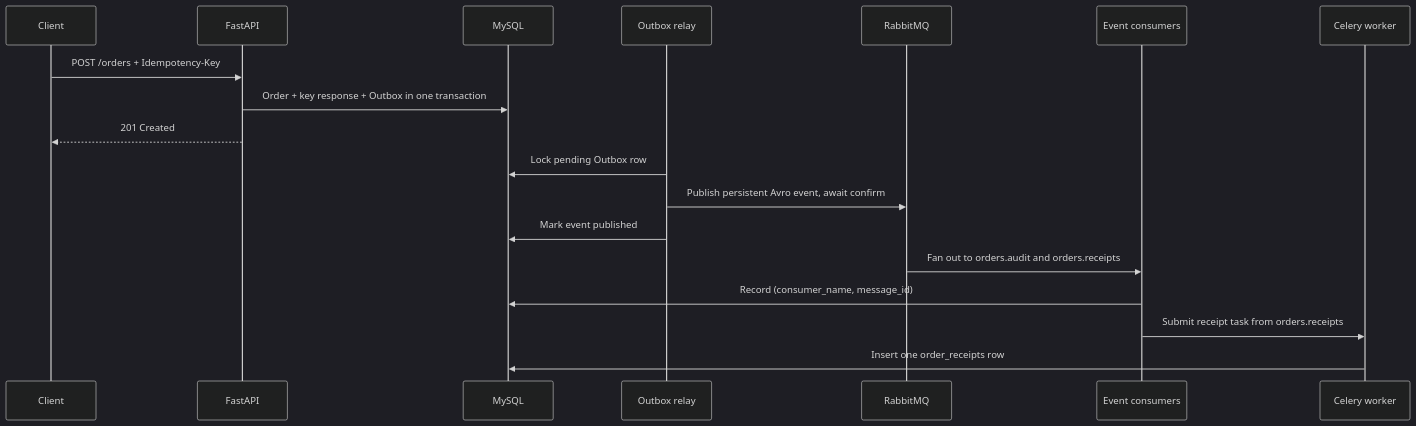
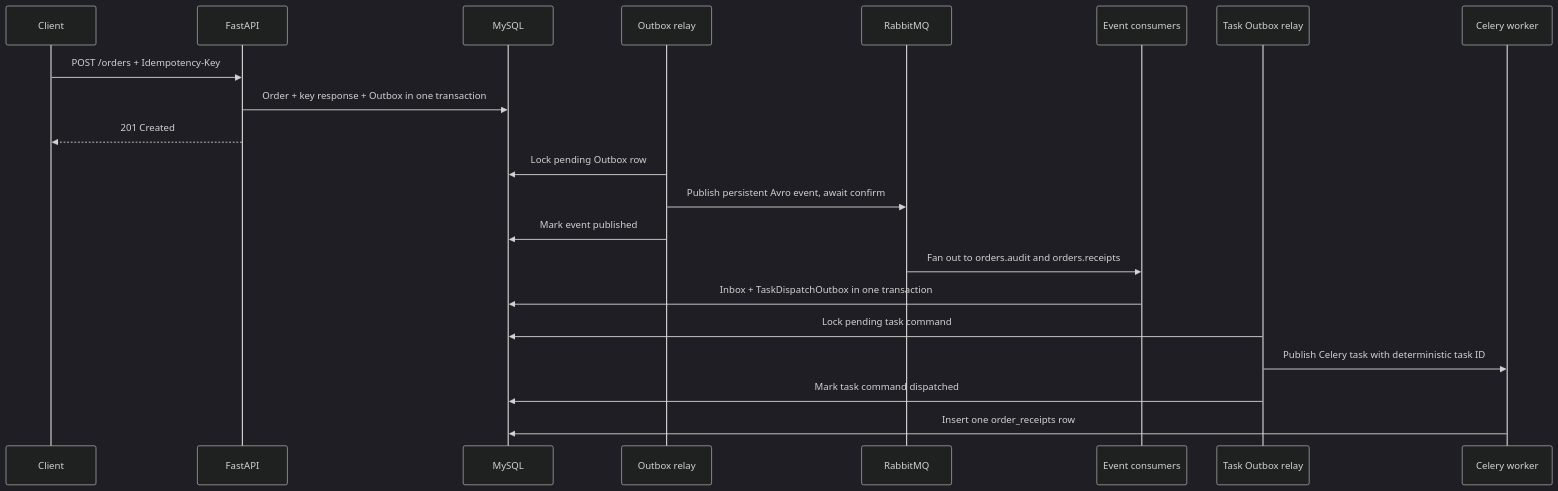
Before and after one commit to KEEMSY/fastapi-playground: the diagram in apps/order-flow/README.md, drawn with Mermaid (dark theme). The commit also changed other lines of this file and 11 other files, not shown here.

First line of the commit message:
feature: 영수증 task 전달에 Task Outbox 적용

````diff
--- a/apps/order-flow/README.md
+++ b/apps/order-flow/README.md
@@ -31,21 +31,24 @@
 ```mermaid
 sequenceDiagram
     participant Client
     participant API as FastAPI
     participant DB as MySQL
     participant Relay as Outbox relay
     participant MQ as RabbitMQ
     participant C as Event consumers
+    participant TR as Task Outbox relay
     participant W as Celery worker
 
     Client->>API: POST /orders + Idempotency-Key
     API->>DB: Order + key response + Outbox in one transaction
     API-->>Client: 201 Created
     Relay->>DB: Lock pending Outbox row
     Relay->>MQ: Publish persistent Avro event, await confirm
     Relay->>DB: Mark event published
     MQ->>C: Fan out to orders.audit and orders.receipts
-    C->>DB: Record (consumer_name, message_id)
-    C->>W: Submit receipt task from orders.receipts
+    C->>DB: Inbox + TaskDispatchOutbox in one transaction
+    TR->>DB: Lock pending task command
+    TR->>W: Publish Celery task with deterministic task ID
+    TR->>DB: Mark task command dispatched
     W->>DB: Insert one order_receipts row
 ```
````
